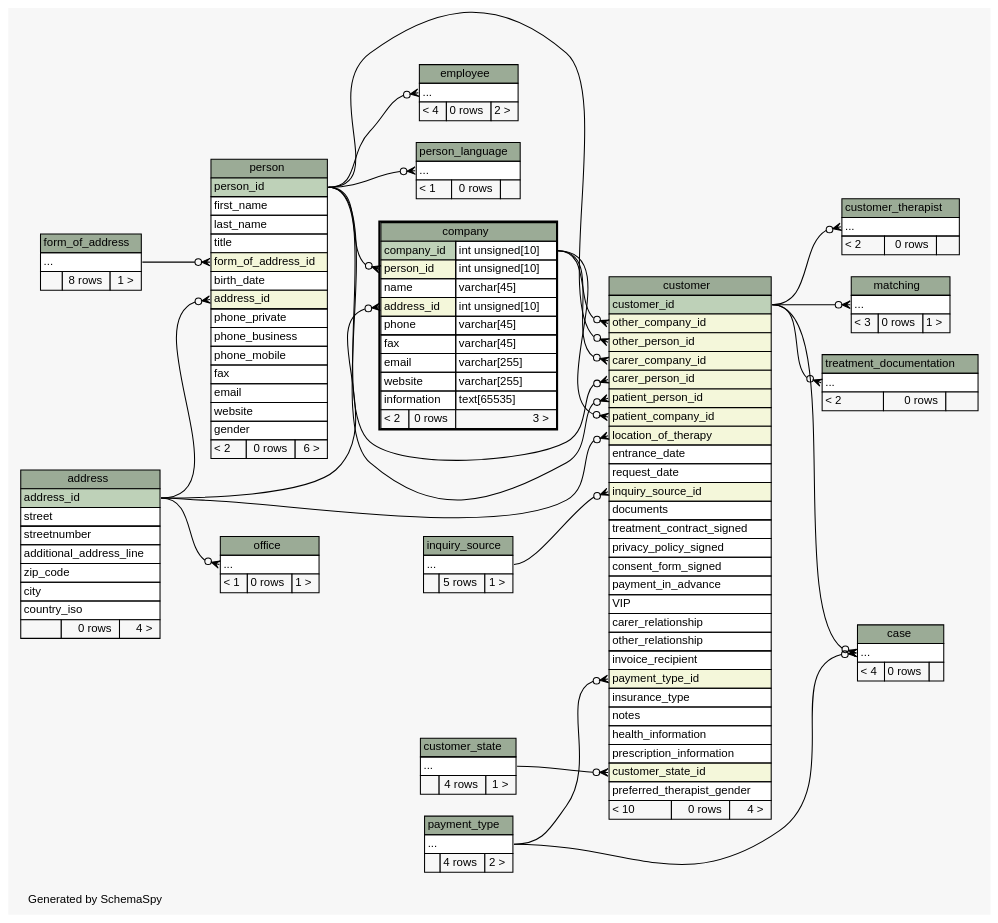
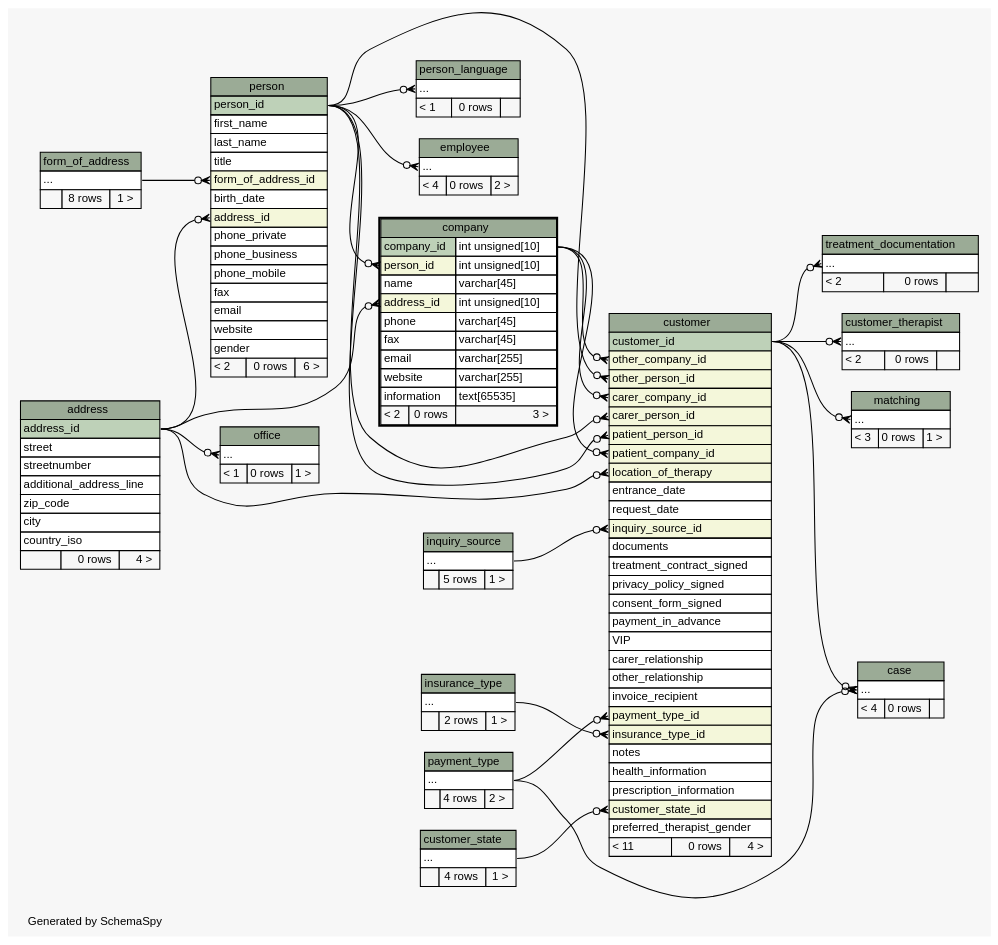
One commit to KaiBMP/KaiBMP.github.io changed the diagram in diagrams/company.2degrees.dot. Above: the diagram before and after it, drawn with Graphviz. The commit also changed 150 other files, not shown here.

Commit message:
schemaspy update

```diff
--- a/diagrams/company.2degrees.dot
+++ b/diagrams/company.2degrees.dot
@@ -27,6 +27,7 @@
   "customer":"carer_person_id":w -> "person":"person_id":e [arrowhead=none dir=back arrowtail=crowodot];
   "customer":"customer_state_id":w -> "customer_state":"elipses":e [arrowhead=none dir=back arrowtail=crowodot];
   "customer":"inquiry_source_id":w -> "inquiry_source":"elipses":e [arrowhead=none dir=back arrowtail=crowodot];
+  "customer":"insurance_type_id":w -> "insurance_type":"elipses":e [arrowhead=none dir=back arrowtail=crowodot];
   "customer":"location_of_therapy":w -> "address":"address_id":e [arrowhead=none dir=back arrowtail=crowodot];
   "customer":"other_company_id":w -> "company":"company_id.type":e [arrowhead=none dir=back arrowtail=crowodot];
   "customer":"other_person_id":w -> "person":"person_id":e [arrowhead=none dir=back arrowtail=crowodot];
@@ -110,13 +111,13 @@
       <TR><TD PORT="other_relationship" COLSPAN="3" ALIGN="LEFT">other_relationship</TD></TR>
       <TR><TD PORT="invoice_recipient" COLSPAN="3" ALIGN="LEFT">invoice_recipient</TD></TR>
       <TR><TD PORT="payment_type_id" COLSPAN="3" BGCOLOR="#f4f7da" ALIGN="LEFT">payment_type_id</TD></TR>
-      <TR><TD PORT="insurance_type" COLSPAN="3" ALIGN="LEFT">insurance_type</TD></TR>
+      <TR><TD PORT="insurance_type_id" COLSPAN="3" BGCOLOR="#f4f7da" ALIGN="LEFT">insurance_type_id</TD></TR>
       <TR><TD PORT="notes" COLSPAN="3" ALIGN="LEFT">notes</TD></TR>
       <TR><TD PORT="health_information" COLSPAN="3" ALIGN="LEFT">health_information</TD></TR>
       <TR><TD PORT="prescription_information" COLSPAN="3" ALIGN="LEFT">prescription_information</TD></TR>
       <TR><TD PORT="customer_state_id" COLSPAN="3" BGCOLOR="#f4f7da" ALIGN="LEFT">customer_state_id</TD></TR>
       <TR><TD PORT="preferred_therapist_gender" COLSPAN="3" ALIGN="LEFT">preferred_therapist_gender</TD></TR>
-      <TR><TD ALIGN="LEFT" BGCOLOR="#f7f7f7">&lt; 10</TD><TD ALIGN="RIGHT" BGCOLOR="#f7f7f7">0 rows</TD><TD ALIGN="RIGHT" BGCOLOR="#f7f7f7">4 &gt;</TD></TR>
+      <TR><TD ALIGN="LEFT" BGCOLOR="#f7f7f7">&lt; 11</TD><TD ALIGN="RIGHT" BGCOLOR="#f7f7f7">0 rows</TD><TD ALIGN="RIGHT" BGCOLOR="#f7f7f7">4 &gt;</TD></TR>
     </TABLE>>
     URL="customer.html"
     tooltip="customer"
@@ -170,6 +171,16 @@
     </TABLE>>
     URL="inquiry_source.html"
     tooltip="inquiry_source"
+  ];
+  "insurance_type" [
+    label=<
+    <TABLE BORDER="0" CELLBORDER="1" CELLSPACING="0" BGCOLOR="#ffffff">
+      <TR><TD COLSPAN="3" BGCOLOR="#9bab96" ALIGN="CENTER">insurance_type</TD></TR>
+      <TR><TD PORT="elipses" COLSPAN="3" ALIGN="LEFT">...</TD></TR>
+      <TR><TD ALIGN="LEFT" BGCOLOR="#f7f7f7">  </TD><TD ALIGN="RIGHT" BGCOLOR="#f7f7f7">2 rows</TD><TD ALIGN="RIGHT" BGCOLOR="#f7f7f7">1 &gt;</TD></TR>
+    </TABLE>>
+    URL="insurance_type.html"
+    tooltip="insurance_type"
   ];
   "matching" [
     label=<
```
